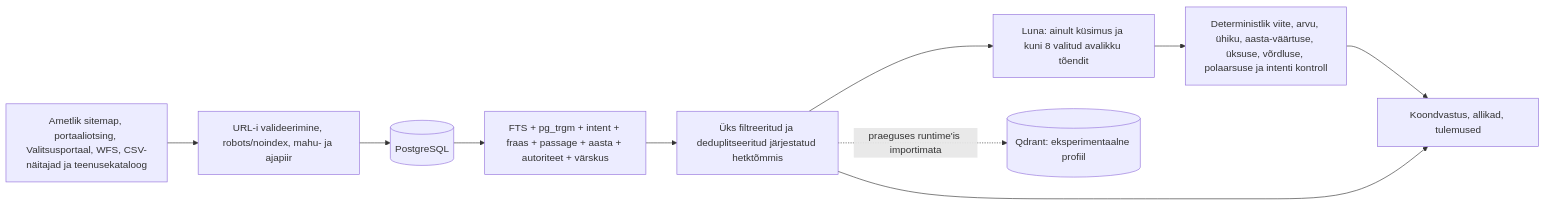
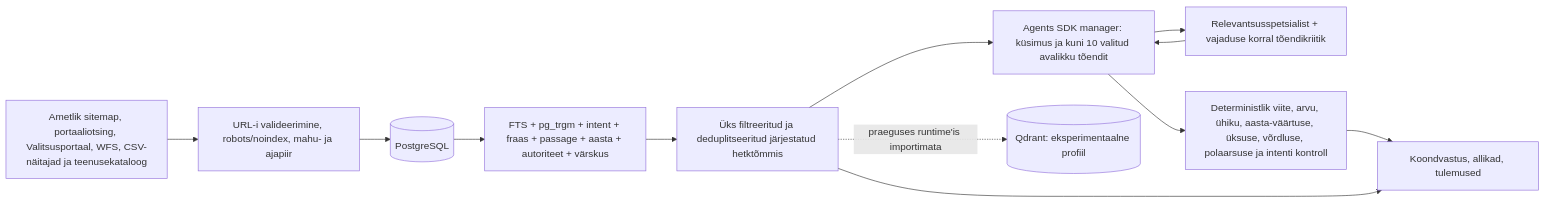
The diagram in acceptance-evidence.md (AARenor/keskkonnaportaali-praktika), drawn with Mermaid before and after one commit. The commit also changed other lines of this file and 57 other files, not shown here.

````diff
--- a/acceptance-evidence.md
+++ b/acceptance-evidence.md
@@ -120,17 +139,19 @@
 ```mermaid
 flowchart LR
   A[Ametlik sitemap, portaaliotsing, Valitsusportaal, WFS, CSV-näitajad ja teenusekataloog]
   B[URL-i valideerimine, robots/noindex, mahu- ja ajapiir]
   C[(PostgreSQL)]
   D[FTS + pg_trgm + intent + fraas + passage + aasta + autoriteet + värskus]
   E[Üks filtreeritud ja deduplitseeritud järjestatud hetktõmmis]
-  F[Luna: ainult küsimus ja kuni 8 valitud avalikku tõendit]
+  F[Agents SDK manager: küsimus ja kuni 10 valitud avalikku tõendit]
+  S[Relevantsusspetsialist + vajaduse korral tõendikriitik]
   G[Deterministlik viite, arvu, ühiku, aasta-väärtuse, üksuse, võrdluse, polaarsuse ja intenti kontroll]
   H[Koondvastus, allikad, tulemused]
   Q[(Qdrant: eksperimentaalne profiil)]
 
   A --> B --> C --> D --> E
   E --> F --> G --> H
+  F --> S --> F
   E --> H
   E -. praeguses runtime'is importimata .-> Q
 ```
````
